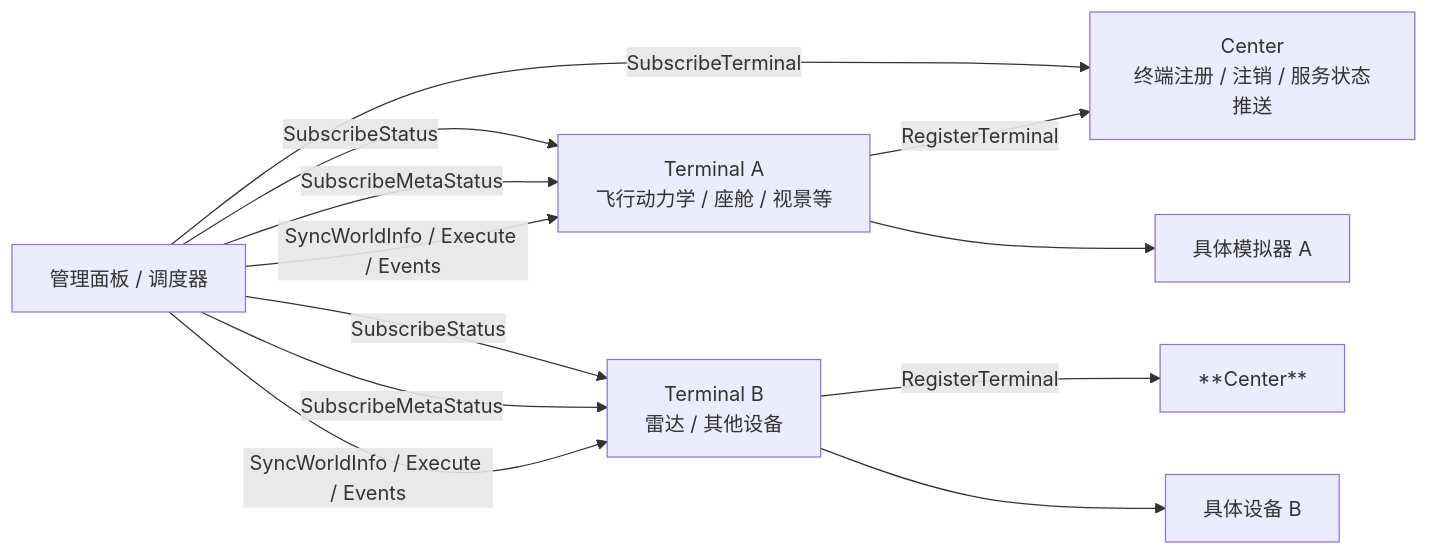
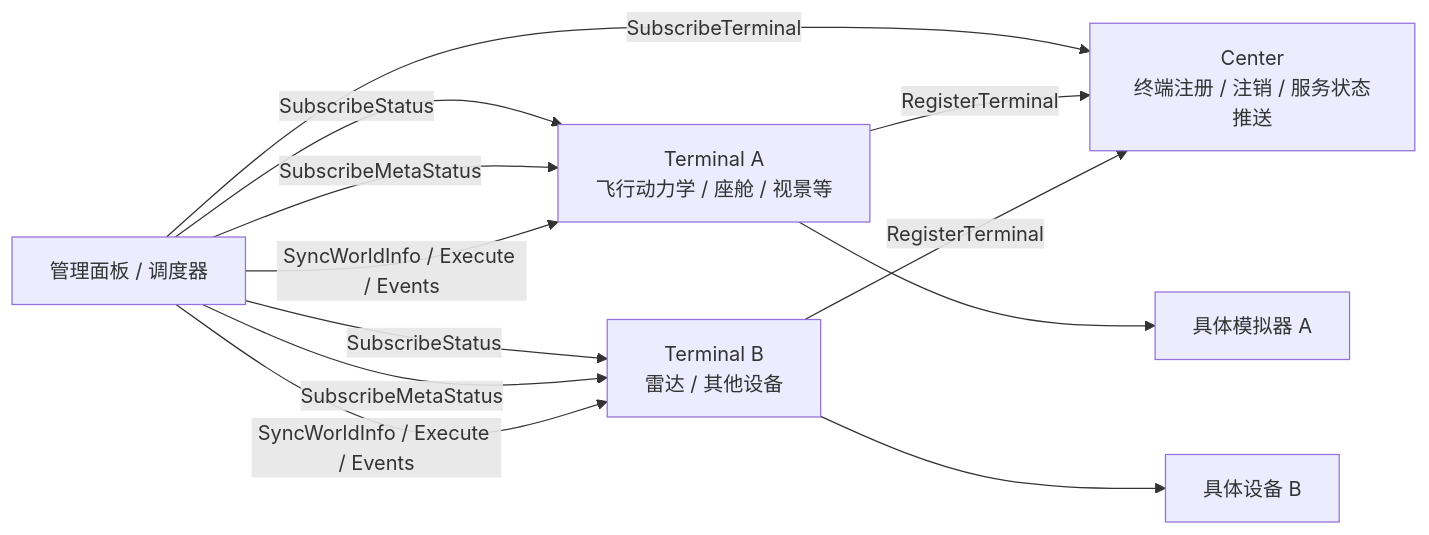
Before and after one commit to Aniakea/vannessa: the first of 4 diagrams in source/_posts/关于飞行仿真控制系统设计的思考.md, drawn with Mermaid. The commit also changed other lines of this file, not shown here.

````diff
--- a/source/_posts/关于飞行仿真控制系统设计的思考.md
+++ b/source/_posts/关于飞行仿真控制系统设计的思考.md
@@ -67,22 +67,22 @@
 ```mermaid
 
 flowchart LR
     Panel[管理面板 / 调度器]
     Center["Center<br/>终端注册 / 注销 / 服务状态推送"]
     TerminalA["Terminal A<br/>飞行动力学 / 座舱 / 视景等"]
     TerminalB["Terminal B<br/>雷达 / 其他设备"]
     SimulatorA[具体模拟器 A]
     SimulatorB[具体设备 B]
 
     Panel -- "SubscribeTerminal" --> Center
     TerminalA -- "RegisterTerminal" --> Center
-    TerminalB -- "RegisterTerminal" --> **Center**
+    TerminalB -- "RegisterTerminal" --> Center
     Panel -- "SubscribeStatus" --> TerminalA
     Panel -- "SubscribeStatus" --> TerminalB
     Panel -- "SubscribeMetaStatus" --> TerminalA
     Panel -- "SubscribeMetaStatus" --> TerminalB
     Panel -- "SyncWorldInfo / Execute / Events" --> TerminalA
     Panel -- "SyncWorldInfo / Execute / Events" --> TerminalB
     TerminalA --> SimulatorA
     TerminalB --> SimulatorB
 ```
````
